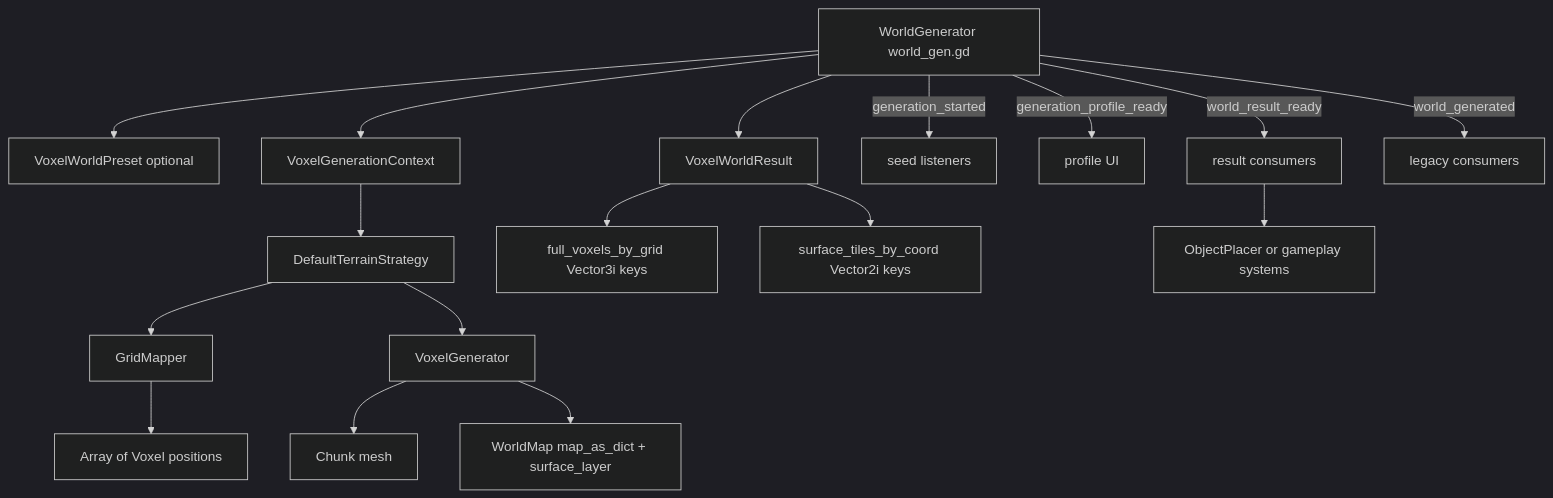
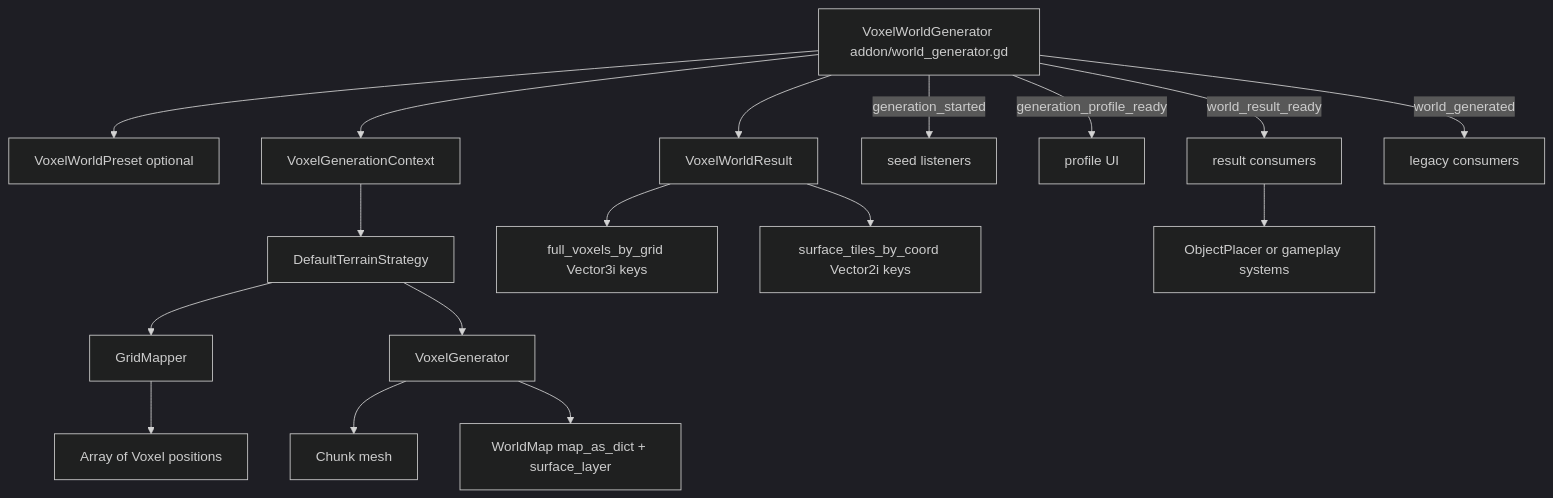
One commit to SonnenBruder/VoxelsBetaSonnenBruder changed the diagram in docs/REUSE_GUIDE.md. Above: the diagram before and after it, drawn with Mermaid (dark theme). The commit also changed other lines of this file and 69 other files, not shown here.

````diff
--- a/docs/REUSE_GUIDE.md
+++ b/docs/REUSE_GUIDE.md
@@ -40,19 +41,19 @@
 ```mermaid
 flowchart TD
-    A[WorldGenerator world_gen.gd] --> B[VoxelWorldPreset optional]
+    A[VoxelWorldGenerator addon/world_generator.gd] --> B[VoxelWorldPreset optional]
     A --> C[VoxelGenerationContext]
     C --> D[DefaultTerrainStrategy]
     D --> E[GridMapper]
     E --> F[Array of Voxel positions]
     D --> G[VoxelGenerator]
     G --> H[Chunk mesh]
     G --> I[WorldMap map_as_dict + surface_layer]
     A --> J[VoxelWorldResult]
     J --> K[full_voxels_by_grid Vector3i keys]
     J --> L[surface_tiles_by_coord Vector2i keys]
     A -->|generation_started| M[seed listeners]
     A -->|generation_profile_ready| N[profile UI]
     A -->|world_result_ready| O[result consumers]
     A -->|world_generated| P[legacy consumers]
     O --> Q[ObjectPlacer or gameplay systems]
 ```
````
